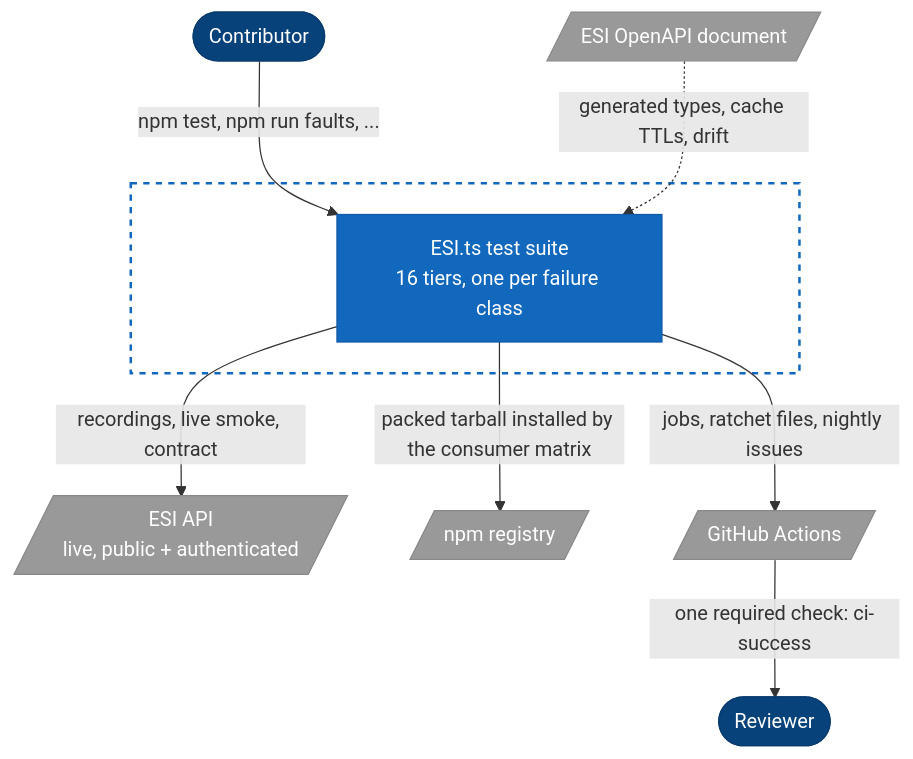
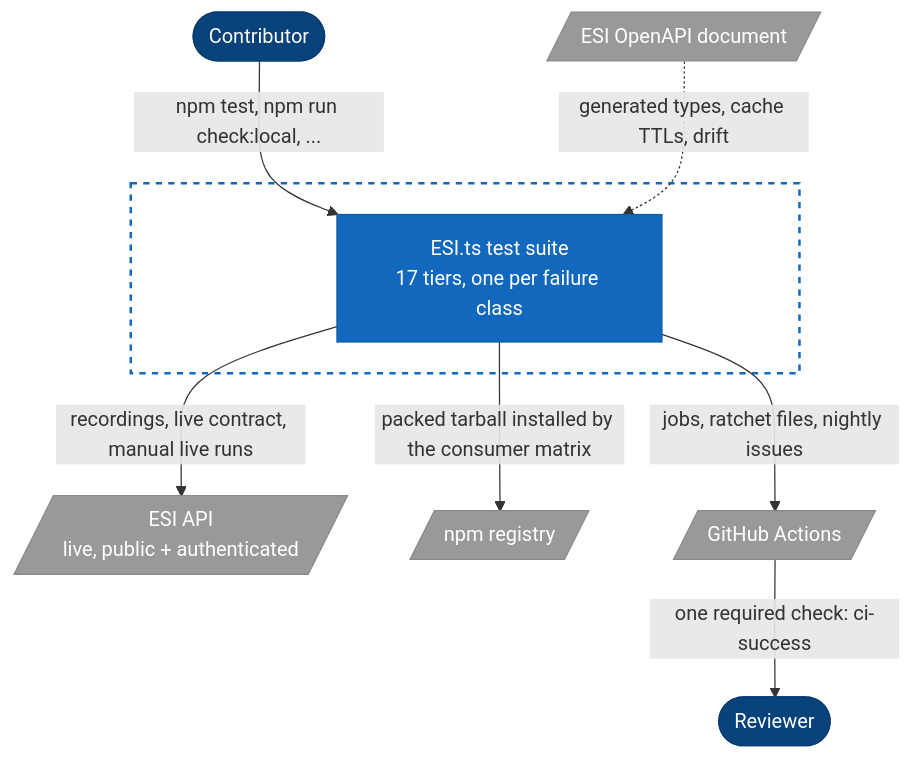
Before and after one commit to lgriffin/ESI.ts: the first of 3 diagrams in guides/TESTING.md, drawn with Mermaid. The commit also changed other lines of this file and 14 other files, not shown here.

````diff
--- a/guides/TESTING.md
+++ b/guides/TESTING.md
@@ -38,30 +85,30 @@
 ```mermaid
 flowchart TB
     contributor(["Contributor"])
     reviewer(["Reviewer"])
 
     subgraph boundary [" "]
-        suite["ESI.ts test suite<br/>16 tiers, one per failure class"]
+        suite["ESI.ts test suite<br/>17 tiers, one per failure class"]
     end
 
     esi[/"ESI API<br/>live, public + authenticated"/]
     spec[/"ESI OpenAPI document"/]
     registry[/"npm registry"/]
     actions[/"GitHub Actions"/]
 
-    contributor -- "npm test, npm run faults, ..." --> suite
-    suite -- "recordings, live smoke, contract" --> esi
+    contributor -- "npm test, npm run check:local, ..." --> suite
+    suite -- "recordings, live contract, manual live runs" --> esi
     spec -. "generated types, cache TTLs, drift" .-> suite
     suite -- "packed tarball installed by the consumer matrix" --> registry
     suite -- "jobs, ratchet files, nightly issues" --> actions
     actions -- "one required check: ci-success" --> reviewer
 
     style contributor fill:#08427b,color:#fff,stroke:#073b6f
     style reviewer fill:#08427b,color:#fff,stroke:#073b6f
     style suite fill:#1168bd,color:#fff,stroke:#0e5aa7
     style esi fill:#999,color:#fff,stroke:#888
     style spec fill:#999,color:#fff,stroke:#888
     style registry fill:#999,color:#fff,stroke:#888
     style actions fill:#999,color:#fff,stroke:#888
     style boundary fill:none,stroke:#1168bd,stroke-width:2px,stroke-dasharray:5
 ```
````
